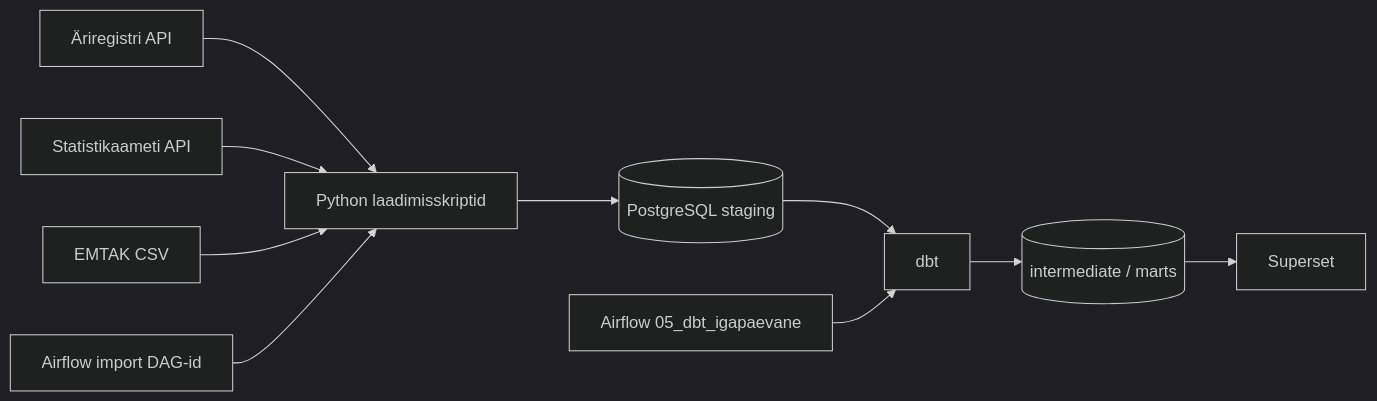
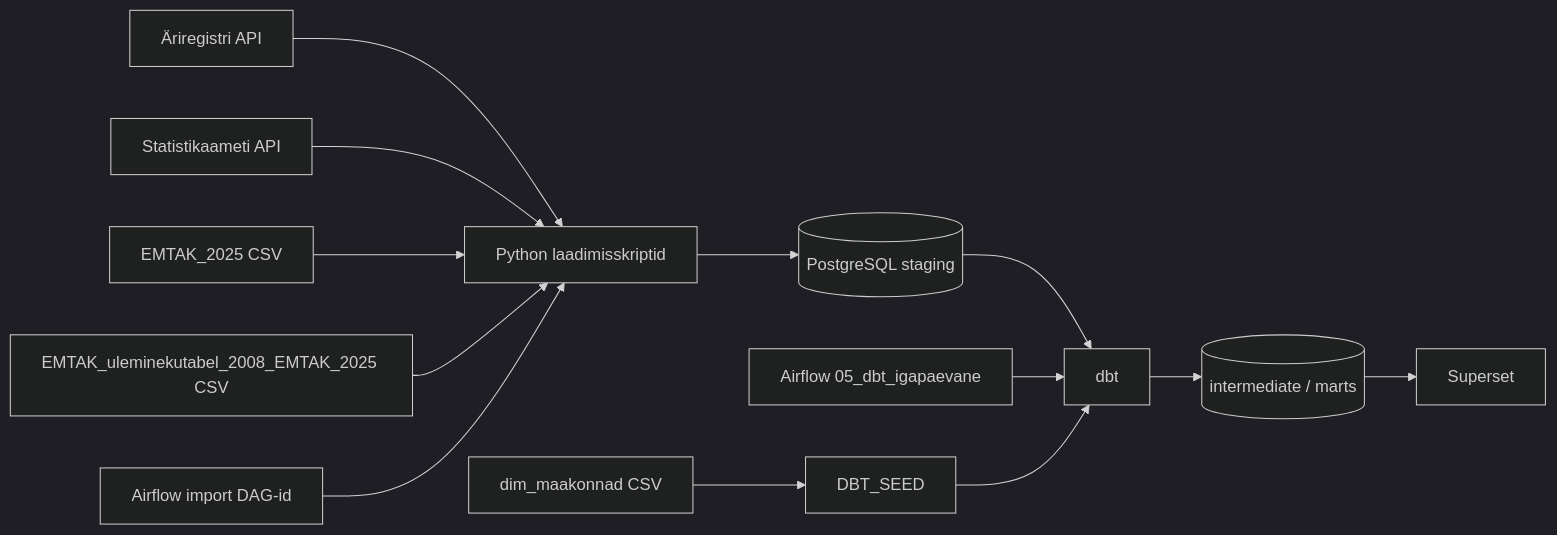
Before and after one commit to svaino/andmeinseneride-projekt: the diagram in README.md, drawn with Mermaid (dark theme). The commit also changed other lines of this file and 3 other files, not shown here.

````diff
--- a/README.md
+++ b/README.md
@@ -38,12 +38,15 @@
 ```mermaid
 flowchart LR
     A[Äriregistri API] --> B[Python laadimisskriptid]
     S[Statistikaameti API] --> B
-    F[EMTAK CSV] --> B
+    F[EMTAK_2025 CSV] --> B
+    T[EMTAK_uleminekutabel_2008_EMTAK_2025 CSV] --> B
     B --> C[(PostgreSQL staging)]
     C --> D[dbt]
     D --> E[(intermediate / marts)]
     E --> G[Superset]
     H1[Airflow import DAG-id] --> B
     H2[Airflow 05_dbt_igapaevane] --> D
+    U[dim_maakonnad CSV] --> X
+    X[DBT_SEED] --> D
 ```
````
